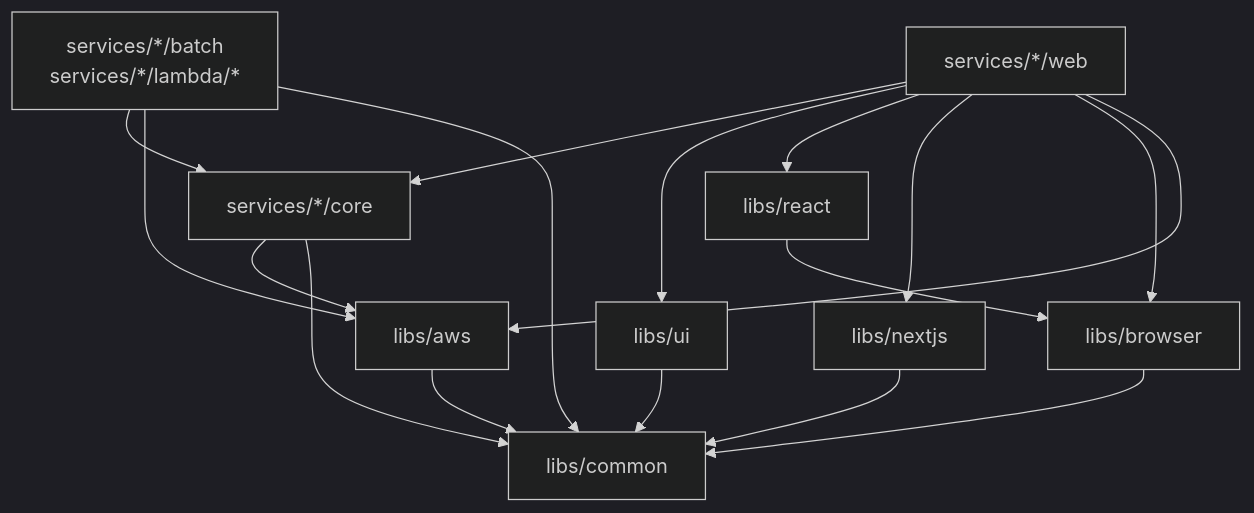
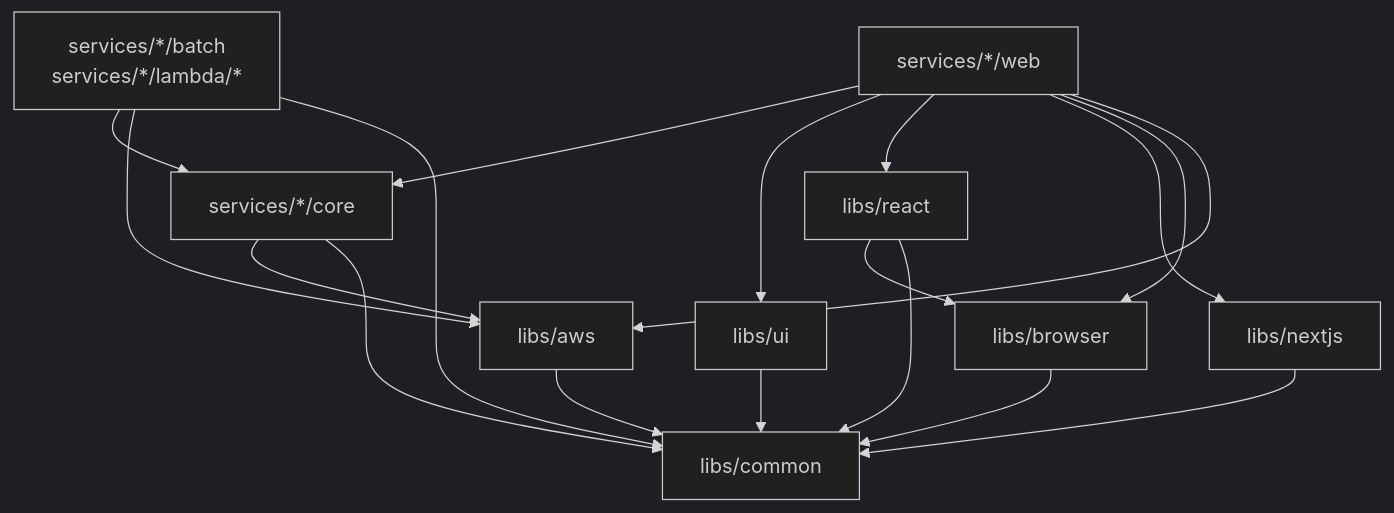
Before and after one commit to nagiyu/nagiyu-platform: the diagram in docs/platform/rules/architecture.md, drawn with Mermaid (dark theme). The commit also changed other lines of this file and 7 other files, not shown here.

````diff
--- a/docs/platform/rules/architecture.md
+++ b/docs/platform/rules/architecture.md
@@ -33,29 +33,30 @@
 ```mermaid
 flowchart TB
     web["services/*/web"]
     batch["services/*/batch<br/>services/*/lambda/*"]
     core["services/*/core"]
     ui["libs/ui"]
     react["libs/react"]
     nextjs["libs/nextjs"]
     browser["libs/browser"]
     aws["libs/aws"]
     common["libs/common"]
 
     web --> core
     web --> ui
     web --> react
     web --> nextjs
     web --> browser
     web --> aws
     batch --> core
     batch --> aws
     batch --> common
     core --> aws
     core --> common
     ui --> common
     react --> browser
+    react --> common
     nextjs --> common
     aws --> common
     browser --> common
 ```
````
